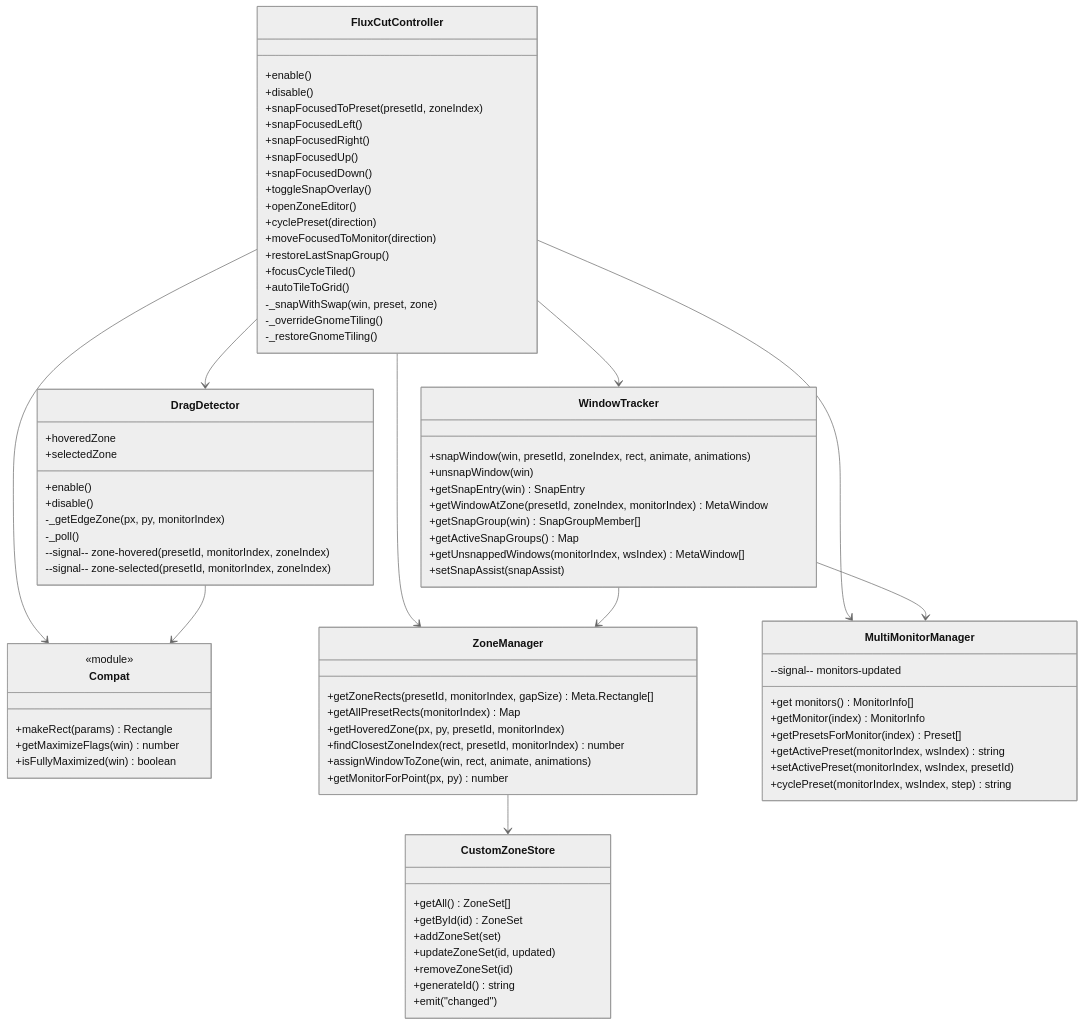
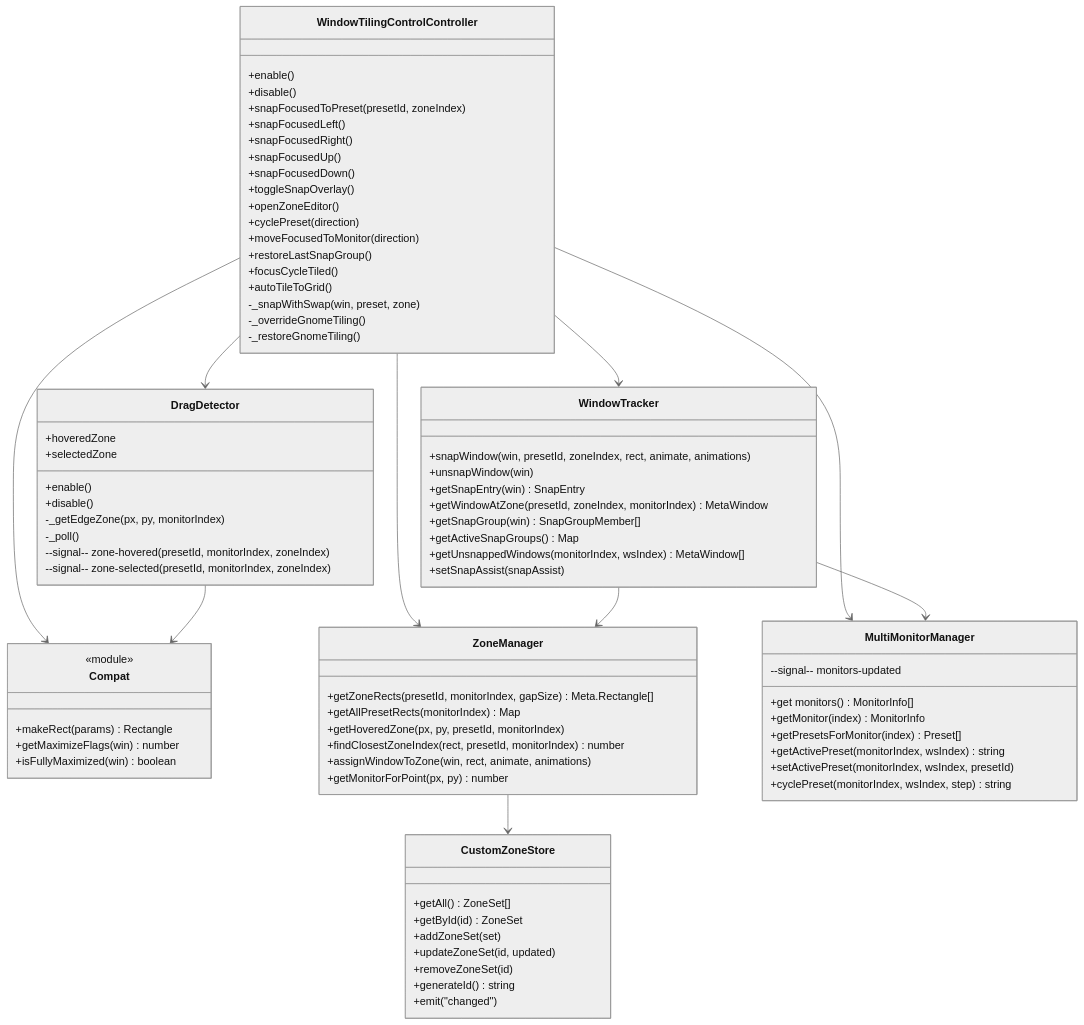
One commit to IvoBrandao/fluxcut changed diagram 13 of 15 in docs/docs.md. Above: the diagram before and after it, drawn with Mermaid (neutral theme). The commit also changed other lines of this file and 47 other files, not shown here.

````diff
--- a/docs/docs.md
+++ b/docs/docs.md
@@ -491,6 +491,6 @@
 ```mermaid
 classDiagram
-    class FluxCutController {
+    class WindowTilingControlController {
         +enable()
         +disable()
         +snapFocusedToPreset(presetId, zoneIndex)
@@ -568,11 +568,11 @@
         --signal-- monitors-updated
     }
 
-    FluxCutController --> Compat
-    FluxCutController --> ZoneManager
-    FluxCutController --> WindowTracker
-    FluxCutController --> MultiMonitorManager
-    FluxCutController --> DragDetector
+    WindowTilingControlController --> Compat
+    WindowTilingControlController --> ZoneManager
+    WindowTilingControlController --> WindowTracker
+    WindowTilingControlController --> MultiMonitorManager
+    WindowTilingControlController --> DragDetector
     ZoneManager --> CustomZoneStore
     WindowTracker --> ZoneManager
     WindowTracker --> MultiMonitorManager
````
